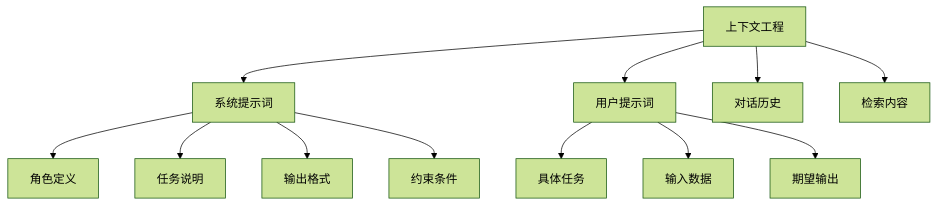
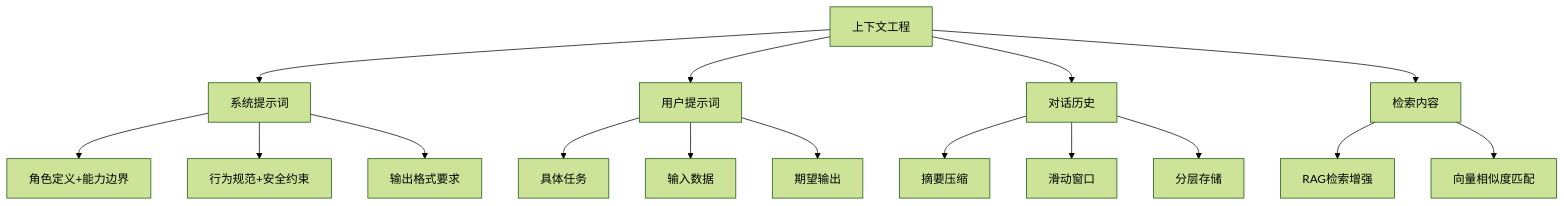
Before and after one commit to yuandiv/ai-dev-school: the fourth of 4 diagrams in docs/ai-llm-dev/basics/README.md, drawn with Mermaid (forest theme). The commit also changed other lines of this file and 2 other files, not shown here.

````diff
--- a/docs/ai-llm-dev/basics/README.md
+++ b/docs/ai-llm-dev/basics/README.md
@@ -124,16 +127,22 @@
 ```mermaid
 flowchart TD
     A[上下文工程] --> B[系统提示词]
     A --> C[用户提示词]
     A --> D[对话历史]
     A --> E[检索内容]
     
-    B --> B1[角色定义]
-    B --> B2[任务说明]
-    B --> B3[输出格式]
-    B --> B4[约束条件]
+    B --> B1[角色定义+能力边界]
+    B --> B2[行为规范+安全约束]
+    B --> B3[输出格式要求]
     
     C --> C1[具体任务]
     C --> C2[输入数据]
     C --> C3[期望输出]
+    
+    D --> D1[摘要压缩]
+    D --> D2[滑动窗口]
+    D --> D3[分层存储]
+    
+    E --> E1[RAG检索增强]
+    E --> E2[向量相似度匹配]
 ```
````
